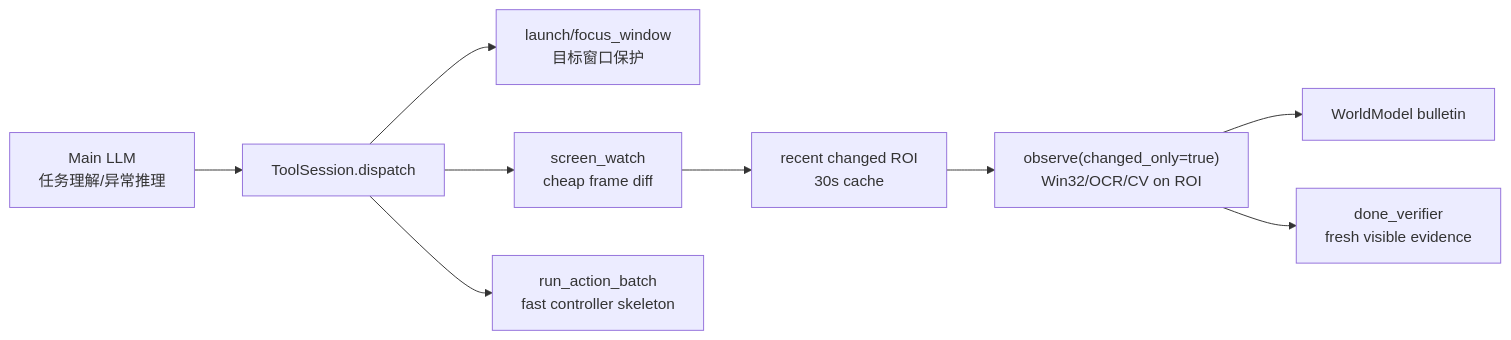
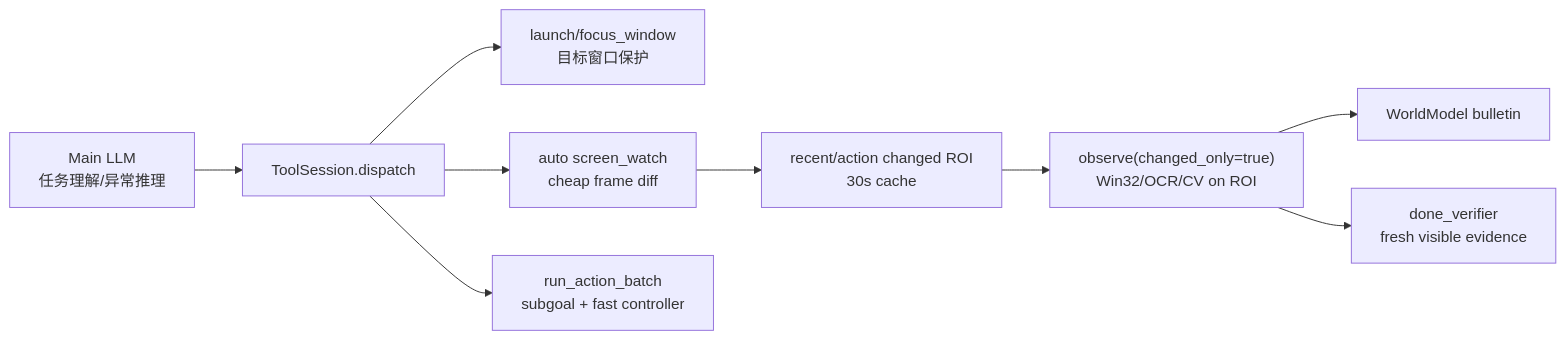
The fourth of 4 diagrams in docs/architecture.md (zoujiapeng/lingdong-script), drawn with Mermaid before and after one commit. The commit also changed other lines of this file and 20 other files, not shown here.

````diff
--- a/docs/architecture.md
+++ b/docs/architecture.md
@@ -113,11 +113,11 @@
 ```mermaid
 flowchart LR
     llm["Main LLM<br/>任务理解/异常推理"] --> tools["ToolSession.dispatch"]
     tools --> launch["launch/focus_window<br/>目标窗口保护"]
-    tools --> watcher["screen_watch<br/>cheap frame diff"]
-    watcher --> roi["recent changed ROI<br/>30s cache"]
+    tools --> watcher["auto screen_watch<br/>cheap frame diff"]
+    watcher --> roi["recent/action changed ROI<br/>30s cache"]
     roi --> observe["observe(changed_only=true)<br/>Win32/OCR/CV on ROI"]
-    tools --> batch["run_action_batch<br/>fast controller skeleton"]
+    tools --> batch["run_action_batch<br/>subgoal + fast controller"]
     observe --> world["WorldModel bulletin"]
     observe --> done["done_verifier<br/>fresh visible evidence"]
 ```
````
